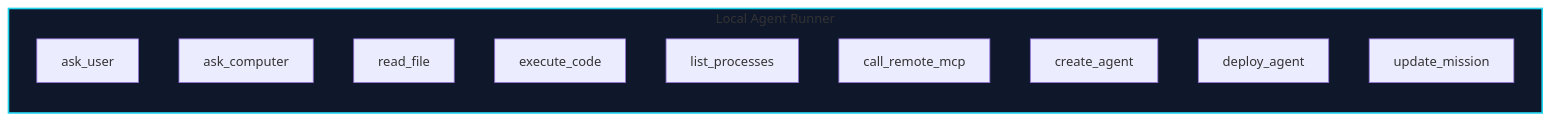
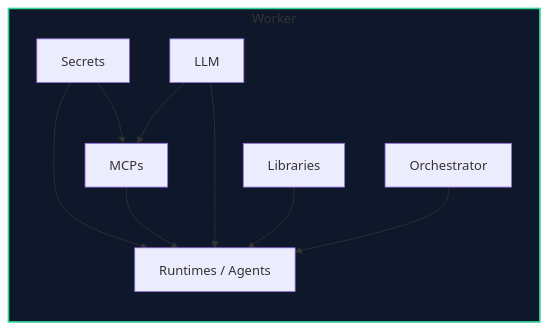
Before and after one commit to AdrianTuci1/goble: the third of 5 diagrams in docs/local-remote-agent-graph.md, drawn with Mermaid. The commit also changed other lines of this file, not shown here.

Commit message:
docs: worker as runtime virtualization layer with shared LLM, MCPs, secrets, principal identity inheritance

````diff
--- a/docs/local-remote-agent-graph.md
+++ b/docs/local-remote-agent-graph.md
@@ -116,16 +155,23 @@
 ```mermaid
 flowchart LR
-    subgraph RUNNER["Local Agent Runner"]
-        R1["ask_user"]
-        R2["ask_computer"]
-        R3["read_file"]
-        R4["execute_code"]
-        R5["list_processes"]
-        R6["call_remote_mcp"]
-        R7["create_agent"]
-        R8["deploy_agent"]
-        R9["update_mission"]
+    subgraph WORKER["Worker"]
+        direction TB
+        W1["Secrets"]
+        W2["Runtimes / Agents"]
+        W3["MCPs"]
+        W4["LLM"]
+        W5["Libraries"]
+        W6["Orchestrator"]
     end
 
-    style RUNNER fill:#0f172a,stroke:#22d3ee,stroke-width:2px
+    W1 --> W2
+    W3 --> W2
+    W4 --> W2
+    W5 --> W2
+    W6 --> W2
+
+    W1 --> W3
+    W4 --> W3
+
+    style WORKER fill:#0f172a,stroke:#34d399,stroke-width:2px
 ```
````
